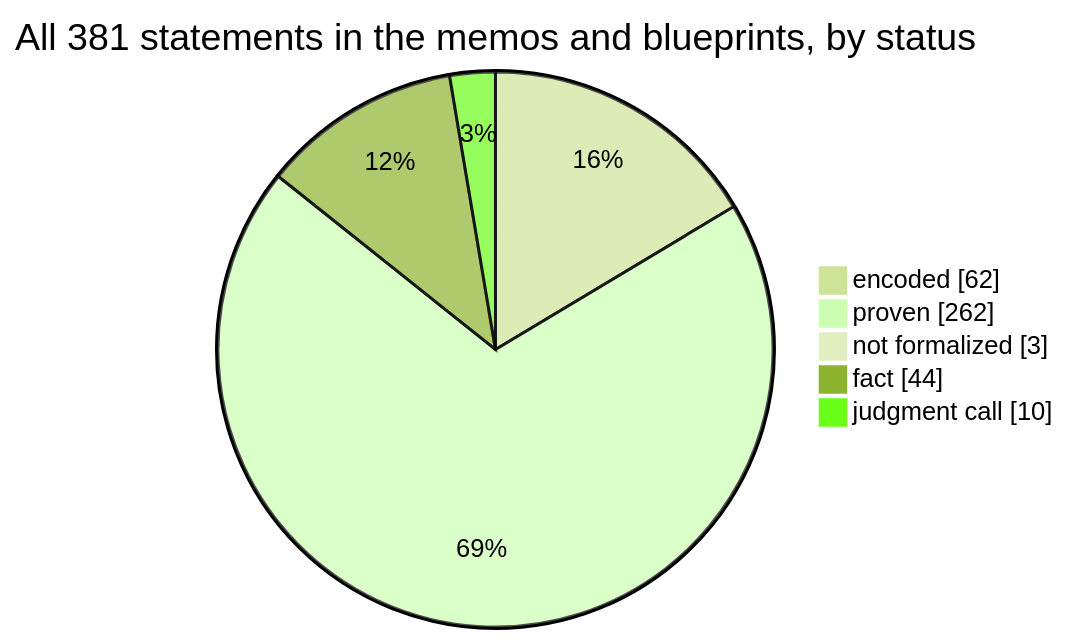
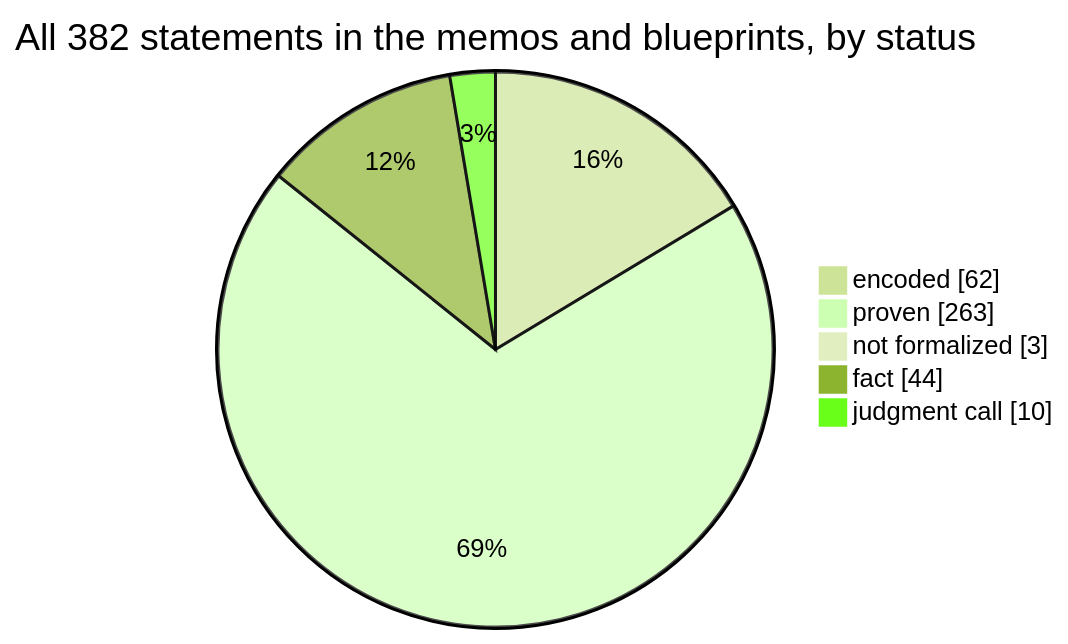
Before and after one commit to SeanWMurray/Canteen: the first of 4 diagrams in docs/graphs/dashboard.md, drawn with Mermaid (forest theme). The commit also changed other lines of this file and 14 other files, not shown here.

````diff
--- a/docs/graphs/dashboard.md
+++ b/docs/graphs/dashboard.md
@@ -11,8 +11,8 @@
 ```mermaid
-pie showData title All 381 statements in the memos and blueprints, by status
+pie showData title All 382 statements in the memos and blueprints, by status
     "encoded" : 62
-    "proven" : 262
+    "proven" : 263
     "not formalized" : 3
     "fact" : 44
     "judgment call" : 10
 ```
````
